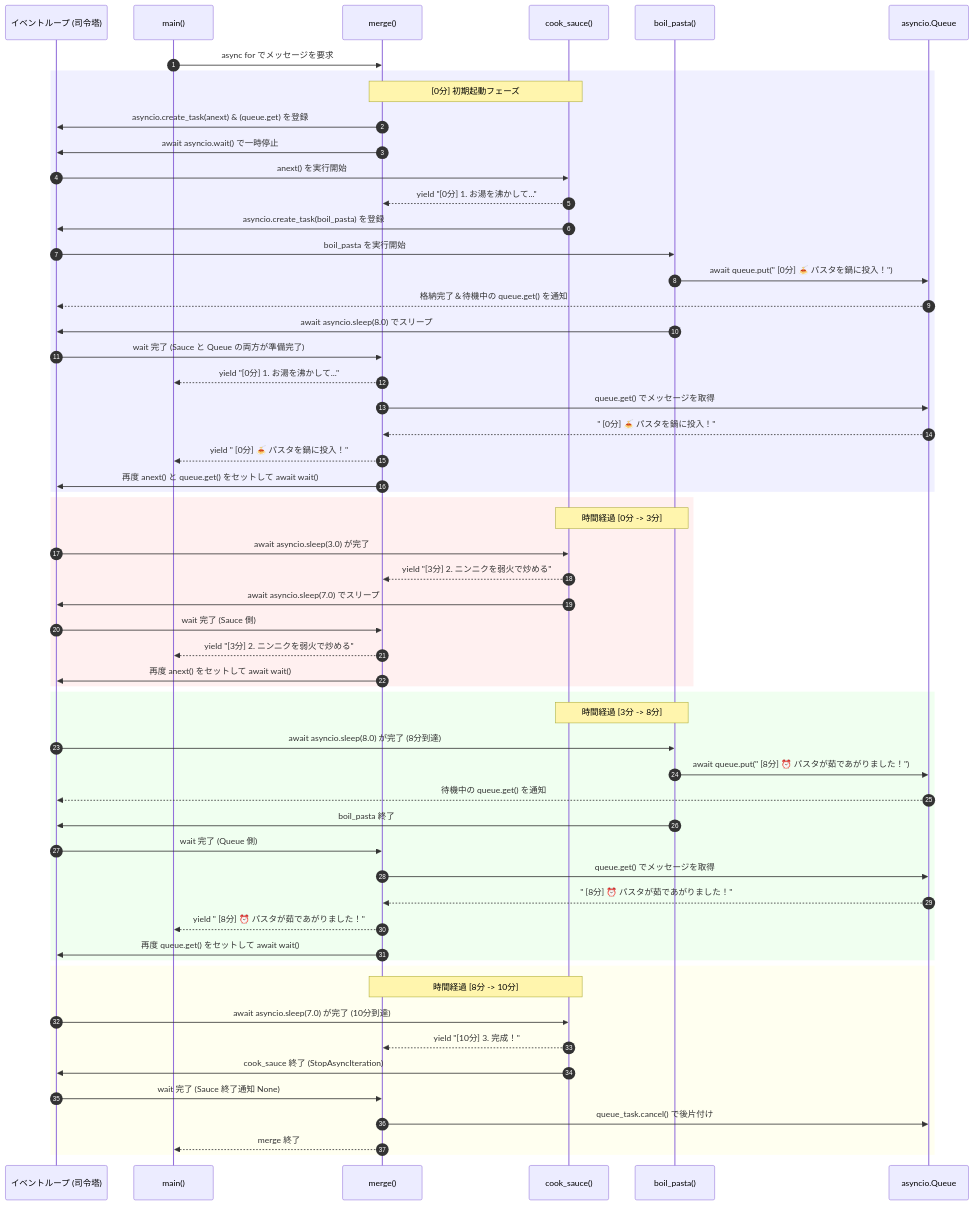
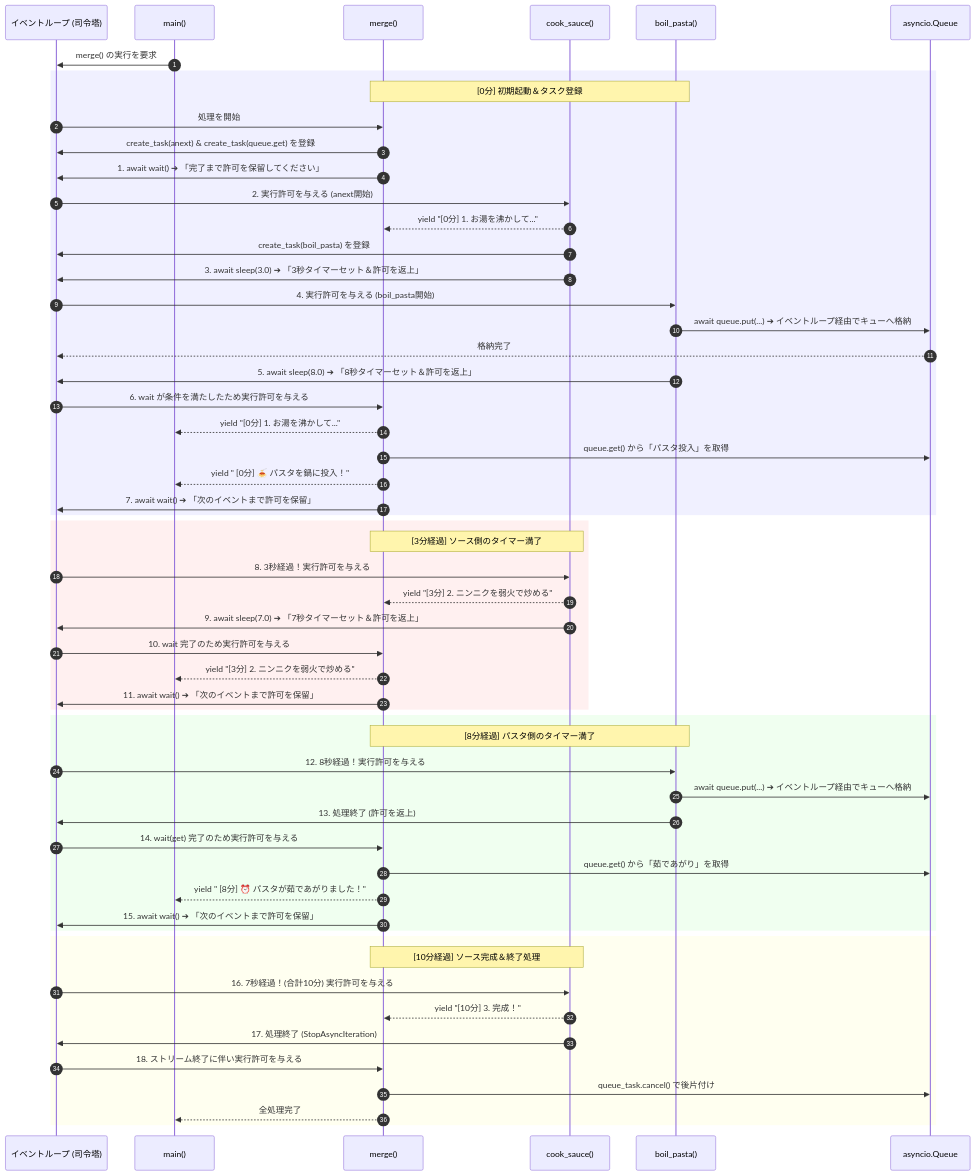
The diagram in README.md (developer-onizuka/asyncio), drawn with Mermaid before and after one commit.

````diff
--- a/README.md
+++ b/README.md
@@ -1,70 +1,69 @@
 ```mermaid
 sequenceDiagram
     autonumber
     participant EvLoop as イベントループ (司令塔)
     participant Main as main()
     participant Merge as merge()
     participant Sauce as cook_sauce()
     participant Pasta as boil_pasta()
     participant Queue as asyncio.Queue
 
-    Main->>Merge: async for でメッセージを要求
+    Main->>EvLoop: merge() の実行を要求
     
     rect rgb(240, 240, 255)
-    note over Merge, Sauce: [0分] 初期起動フェーズ
-    Merge->>EvLoop: asyncio.create_task(anext) & (queue.get) を登録
-    Merge->>EvLoop: await asyncio.wait() で一時停止
+    note over Merge, Pasta: [0分] 初期起動＆タスク登録
+    EvLoop->>Merge: 処理を開始
+    Merge->>EvLoop: create_task(anext) & create_task(queue.get) を登録
+    Merge->>EvLoop: 1. await wait() ➔ 「完了まで許可を保留してください」
     
-    EvLoop->>Sauce: anext() を実行開始
+    EvLoop->>Sauce: 2. 実行許可を与える (anext開始)
     Sauce-->>Merge: yield "[0分] 1. お湯を沸かして..."
-    Sauce->>EvLoop: asyncio.create_task(boil_pasta) を登録
+    Sauce->>EvLoop: create_task(boil_pasta) を登録
+    Sauce->>EvLoop: 3. await sleep(3.0) ➔ 「3秒タイマーセット＆許可を返上」
     
-    EvLoop->>Pasta: boil_pasta を実行開始
-    Pasta->>Queue: await queue.put("  [0分] 🍝 パスタを鍋に投入！")
-    Queue-->>EvLoop: 格納完了＆待機中の queue.get() を通知
-    Pasta->>EvLoop: await asyncio.sleep(8.0) でスリープ
+    EvLoop->>Pasta: 4. 実行許可を与える (boil_pasta開始)
+    Pasta->>Queue: await queue.put(...) ➔ イベントループ経由でキューへ格納
+    Queue-->>EvLoop: 格納完了
+    Pasta->>EvLoop: 5. await sleep(8.0) ➔ 「8秒タイマーセット＆許可を返上」
     
-    EvLoop->>Merge: wait 完了 (Sauce と Queue の両方が準備完了)
+    EvLoop->>Merge: 6. wait が条件を満たしたため実行許可を与える
     Merge-->>Main: yield "[0分] 1. お湯を沸かして..."
-    Merge->>Queue: queue.get() でメッセージを取得
-    Queue-->>Merge: "  [0分] 🍝 パスタを鍋に投入！"
+    Merge->>Queue: queue.get() から「パスタ投入」を取得
     Merge-->>Main: yield "  [0分] 🍝 パスタを鍋に投入！"
-    Merge->>EvLoop: 再度 anext() と queue.get() をセットして await wait()
+    Merge->>EvLoop: 7. await wait() ➔ 「次のイベントまで許可を保留」
     end
 
     rect rgb(255, 240, 240)
-    note over Sauce, Pasta: 時間経過 [0分 -> 3分]
-    EvLoop->>Sauce: await asyncio.sleep(3.0) が完了
+    note over Sauce, Merge: [3分経過] ソース側のタイマー満了
+    EvLoop->>Sauce: 8. 3秒経過！実行許可を与える
     Sauce-->>Merge: yield "[3分] 2. ニンニクを弱火で炒める"
-    Sauce->>EvLoop: await asyncio.sleep(7.0) でスリープ
+    Sauce->>EvLoop: 9. await sleep(7.0) ➔ 「7秒タイマーセット＆許可を返上」
     
-    EvLoop->>Merge: wait 完了 (Sauce 側)
+    EvLoop->>Merge: 10. wait 完了のため実行許可を与える
     Merge-->>Main: yield "[3分] 2. ニンニクを弱火で炒める"
-    Merge->>EvLoop: 再度 anext() をセットして await wait()
+    Merge->>EvLoop: 11. await wait() ➔ 「次のイベントまで許可を保留」
     end
 
     rect rgb(240, 255, 240)
-    note over Sauce, Pasta: 時間経過 [3分 -> 8分]
-    EvLoop->>Pasta: await asyncio.sleep(8.0) が完了 (8分到達)
-    Pasta->>Queue: await queue.put("  [8分] ⏰ パスタが茹であがりました！")
-    Queue-->>EvLoop: 待機中の queue.get() を通知
-    Pasta->>EvLoop: boil_pasta 終了
+    note over Pasta, Merge: [8分経過] パスタ側のタイマー満了
+    EvLoop->>Pasta: 12. 8秒経過！実行許可を与える
+    Pasta->>Queue: await queue.put(...) ➔ イベントループ経由でキューへ格納
+    Pasta->>EvLoop: 13. 処理終了 (許可を返上)
     
-    EvLoop->>Merge: wait 完了 (Queue 側)
-    Merge->>Queue: queue.get() でメッセージを取得
-    Queue-->>Merge: "  [8分] ⏰ パスタが茹であがりました！"
+    EvLoop->>Merge: 14. wait(get) 完了のため実行許可を与える
+    Merge->>Queue: queue.get() から「茹であがり」を取得
     Merge-->>Main: yield "  [8分] ⏰ パスタが茹であがりました！"
-    Merge->>EvLoop: 再度 queue.get() をセットして await wait()
+    Merge->>EvLoop: 15. await wait() ➔ 「次のイベントまで許可を保留」
     end
 
     rect rgb(255, 255, 240)
-    note over Sauce, Merge: 時間経過 [8分 -> 10分]
-    EvLoop->>Sauce: await asyncio.sleep(7.0) が完了 (10分到達)
+    note over Sauce, Merge: [10分経過] ソース完成＆終了処理
+    EvLoop->>Sauce: 16. 7秒経過！(合計10分) 実行許可を与える
     Sauce-->>Merge: yield "[10分] 3. 完成！"
-    Sauce->>EvLoop: cook_sauce 終了 (StopAsyncIteration)
+    Sauce->>EvLoop: 17. 処理終了 (StopAsyncIteration)
     
-    EvLoop->>Merge: wait 完了 (Sauce 終了通知 None)
+    EvLoop->>Merge: 18. ストリーム終了に伴い実行許可を与える
     Merge->>Queue: queue_task.cancel() で後片付け
-    Merge-->>Main: merge 終了
+    Merge-->>Main: 全処理完了
     end
 ```
````
